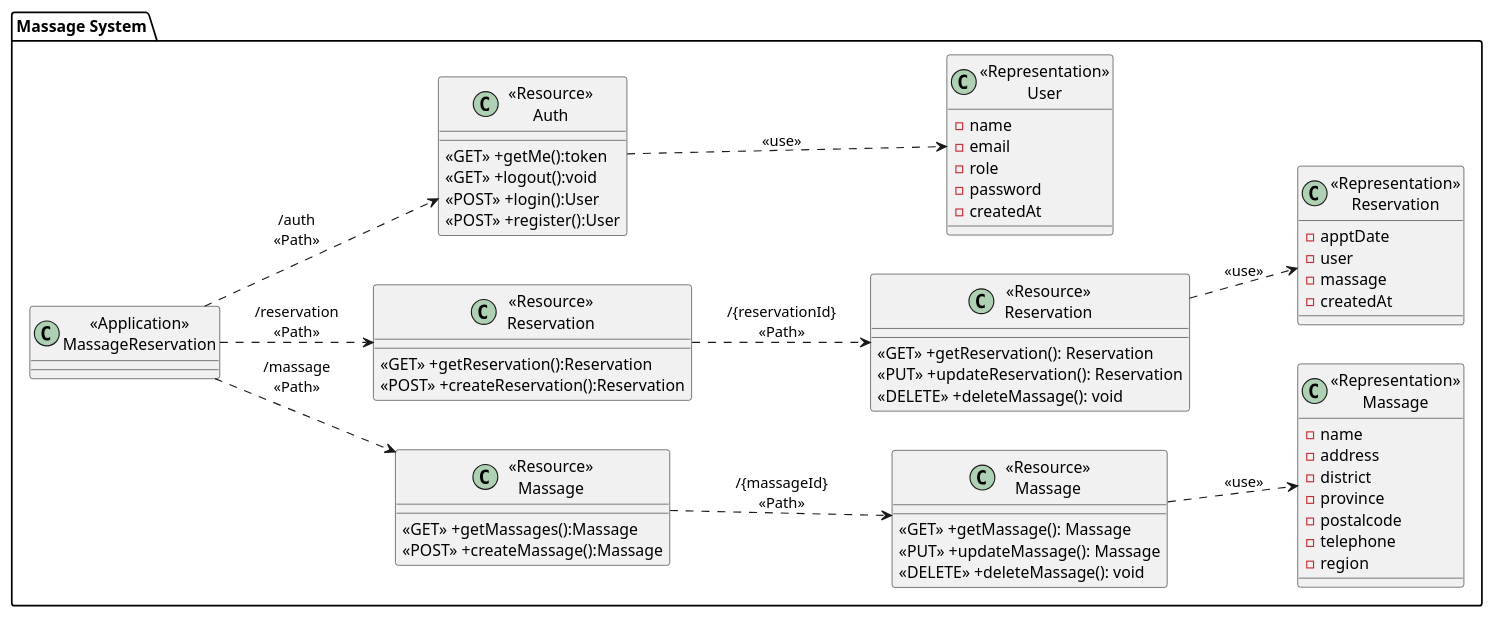
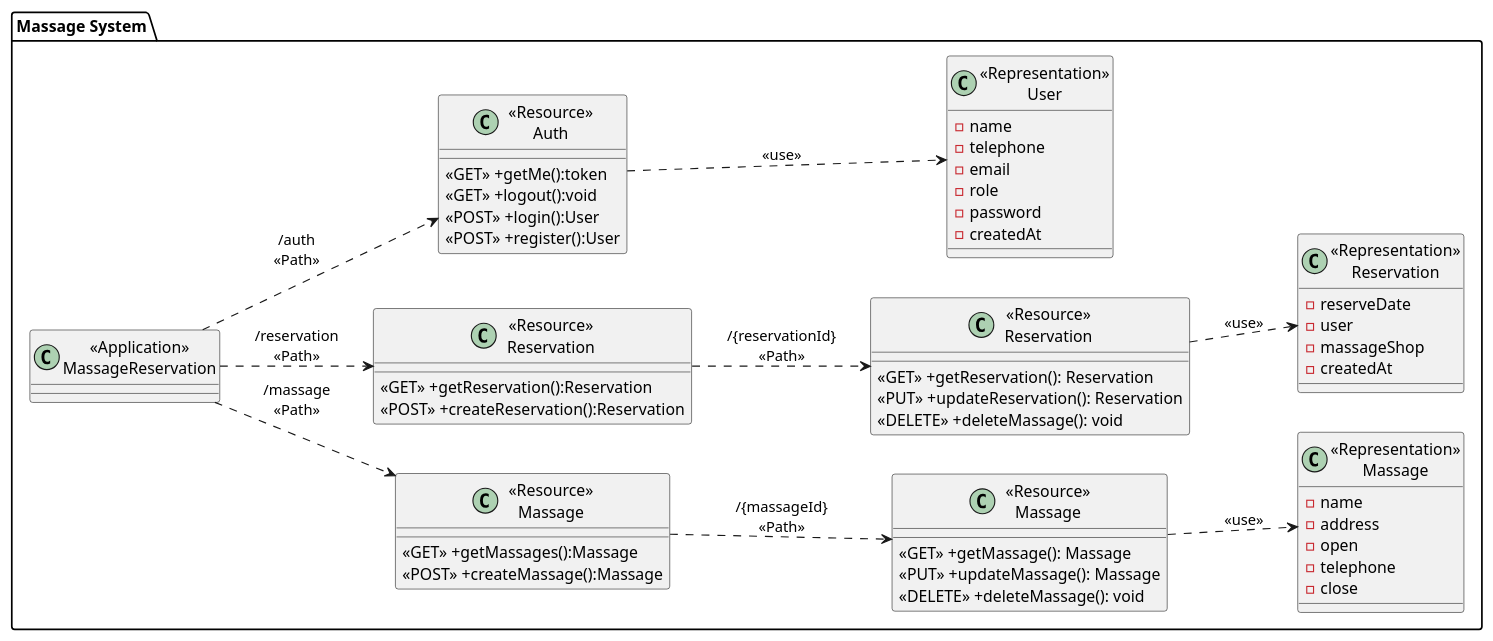
One commit to 2110503TACEDT66/presentation-day-1-kalaeksi-phloeng-rachan changed the diagram in uml/SequenceDiagram/classdiagram.puml. Above: the diagram before and after it, drawn with PlantUML.

Commit message:
fix class dia

```diff
--- a/uml/SequenceDiagram/classdiagram.puml
+++ b/uml/SequenceDiagram/classdiagram.puml
@@ -1,76 +1,75 @@
 @startuml
 left to right direction
 package "Massage System"{
     class "<<Application>>\nMassageReservation" as MassageReservation{}
 
     
     class "<<Resource>>\nMassage" as ResourceMassages{
         <<GET>> +getMassages():Massage
         <<POST>> +createMassage():Massage
     }
 
     class "<<Resource>>\nMassage" as ResourceMassage {
         <<GET>> +getMassage(): Massage
         <<PUT>> +updateMassage(): Massage
         <<DELETE>> +deleteMassage(): void
     }
 
     class "<<Representation>>\nMassage" as RepresentationMassage {
         -name
         -address
-        -district
-        -province
-        -postalcode
+        -open
         -telephone
-        -region
+        -close
     }
 
    '///////////////////////////////////////////////////////////////
     class "<<Resource>>\nReservation" as ResourceReservations {
         <<GET>> +getReservation():Reservation
         <<POST>> +createReservation():Reservation 
     }
 
     class "<<Resource>>\nReservation" as ResourceReservation {
         <<GET>> +getReservation(): Reservation
         <<PUT>> +updateReservation(): Reservation
         <<DELETE>> +deleteMassage(): void
     }
 
     class "<<Representation>>\nReservation" as RepresentationReservation {
-        -apptDate
+        -reserveDate
         -user
-        -massage
+        -massageShop
         -createdAt
     }
     
    '///////////////////////////////////////////////////////////////////////
     class "<<Resource>>\nAuth" as ResourceAuths {
         <<GET>> +getMe():token
         <<GET>> +logout():void
         <<POST>> +login():User 
         <<POST>> +register():User 
     }
 
     class "<<Representation>>\nUser" as RepresentationUser {
         -name
+        -telephone
         -email
         -role
         -password
         -createdAt
     }
 
 }
 
 MassageReservation ..> ResourceAuths:"/auth\n<<Path>>"
 ResourceAuths ..> RepresentationUser: "<<use>>"
 
 MassageReservation ..> ResourceReservations:"/reservation\n<<Path>>"
 ResourceReservations ..> ResourceReservation: "/{reservationId}\n<<Path>>"
 ResourceReservation ..> RepresentationReservation: "<<use>>"
 
 MassageReservation ..> ResourceMassages:"/massage\n<<Path>>"
 ResourceMassages ..> ResourceMassage: "/{massageId}\n<<Path>>"
 ResourceMassage ..> RepresentationMassage: "<<use>>"
 
 @enduml
```
